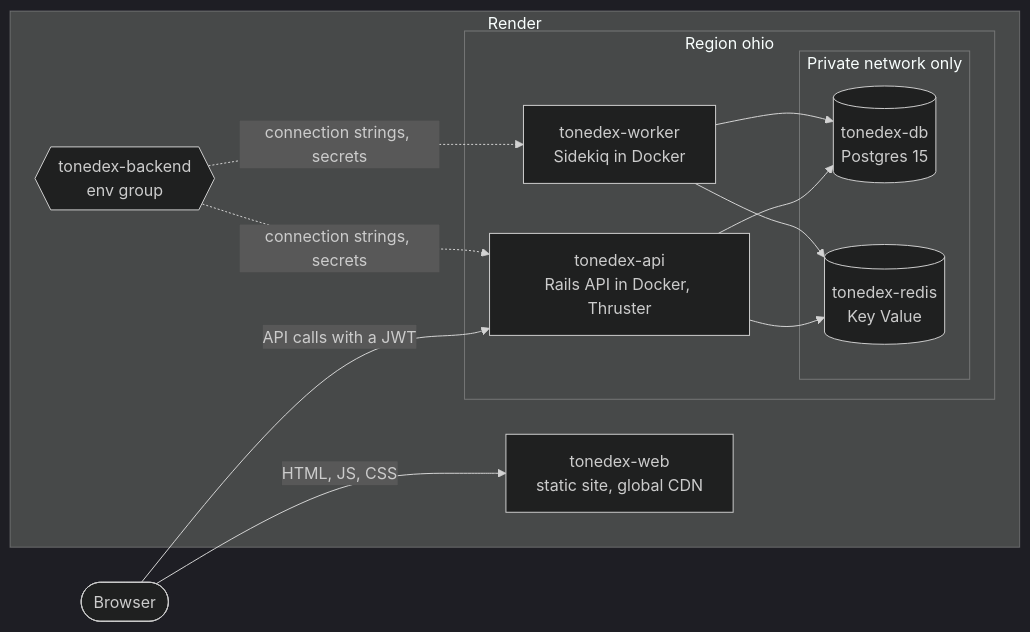
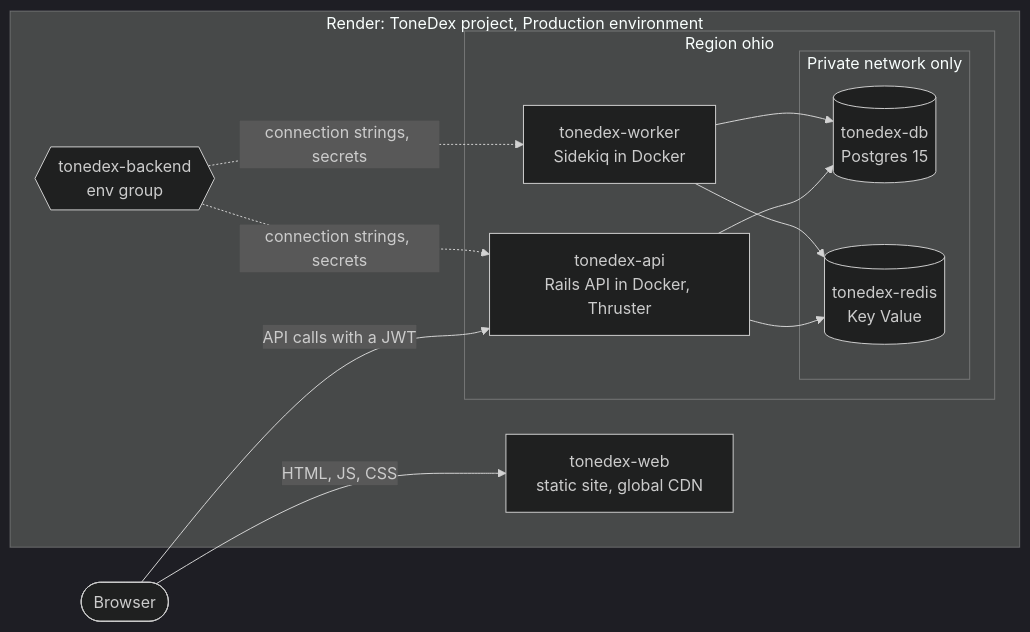
Before and after one commit to atcarter/tonedex: the diagram in README.md, drawn with Mermaid (dark theme). The commit also changed other lines of this file and 2 other files, not shown here.

First line of the commit message:
docs: bring README, ARCHITECTURE and CHANGELOG up to date with main (#53)

````diff
--- a/README.md
+++ b/README.md
@@ -81,24 +81,24 @@
 ```mermaid
 flowchart LR
   browser(["Browser"])
-  subgraph render["Render"]
+  subgraph render["Render: ToneDex project, Production environment"]
     web["tonedex-web<br/>static site, global CDN"]
     env{{"tonedex-backend<br/>env group"}}
     subgraph ohio["Region ohio"]
       api["tonedex-api<br/>Rails API in Docker, Thruster"]
       worker["tonedex-worker<br/>Sidekiq in Docker"]
       subgraph private["Private network only"]
         db[("tonedex-db<br/>Postgres 15")]
         redis[("tonedex-redis<br/>Key Value")]
       end
     end
   end
   browser -->|"HTML, JS, CSS"| web
   browser -->|"API calls with a JWT"| api
   api --> db
   api --> redis
   worker --> db
   worker --> redis
   env -.->|"connection strings, secrets"| api
   env -.->|"connection strings, secrets"| worker
 ```
````
